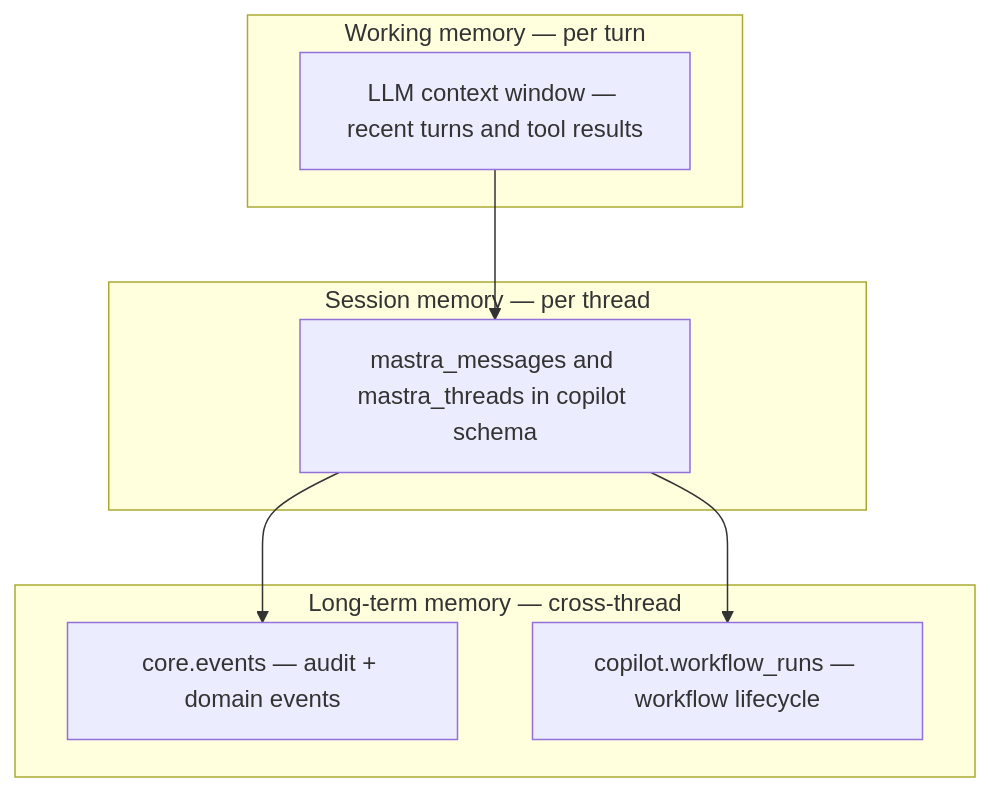
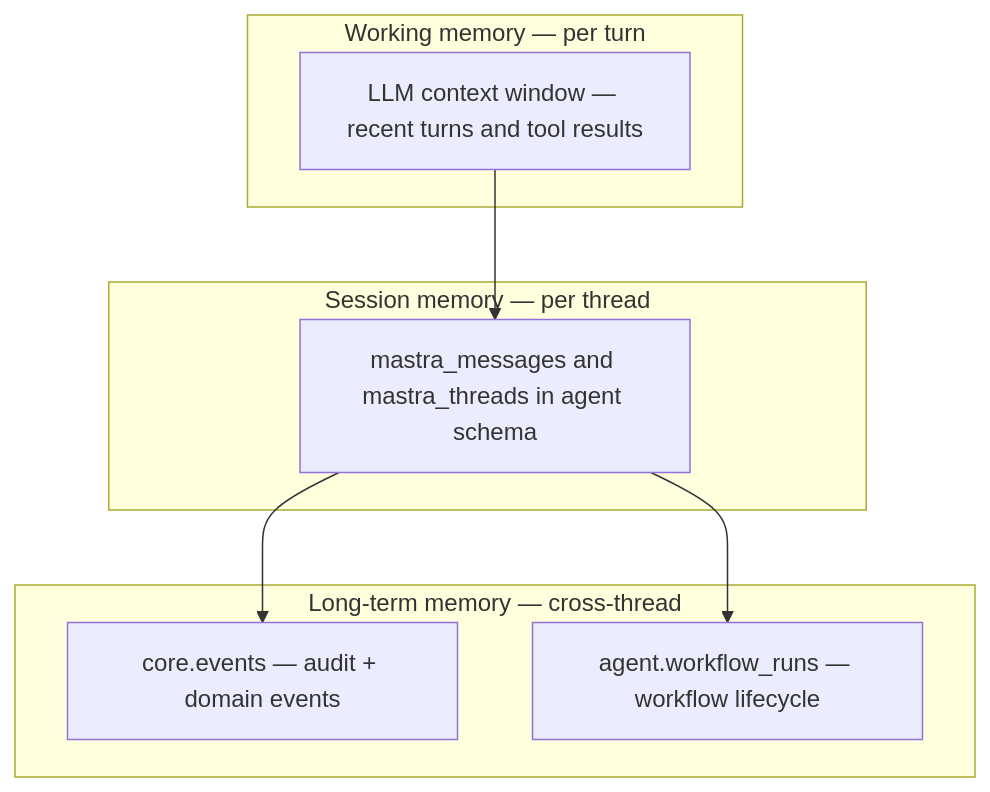
One commit to Seta-International/agent-platform changed the fifth of 8 diagrams in docs/agent-architecture.md. Above: the diagram before and after it, drawn with Mermaid. The commit also changed other lines of this file and 34 other files, not shown here.

First line of the commit message:
fix: replace all remaining copilot references with agent across repo

````diff
--- a/docs/agent-architecture.md
+++ b/docs/agent-architecture.md
@@ -269,16 +269,16 @@
 ```mermaid
 flowchart TB
     subgraph Working[Working memory — per turn]
       W[LLM context window — recent turns and tool results]
     end
     subgraph Session[Session memory — per thread]
-      S[mastra_messages and mastra_threads in copilot schema]
+      S[mastra_messages and mastra_threads in agent schema]
     end
     subgraph LongTerm[Long-term memory — cross-thread]
       L1[core.events — audit + domain events]
-      L2[copilot.workflow_runs — workflow lifecycle]
+      L2[agent.workflow_runs — workflow lifecycle]
     end
     W --> S
     S --> L1
     S --> L2
 ```
````
